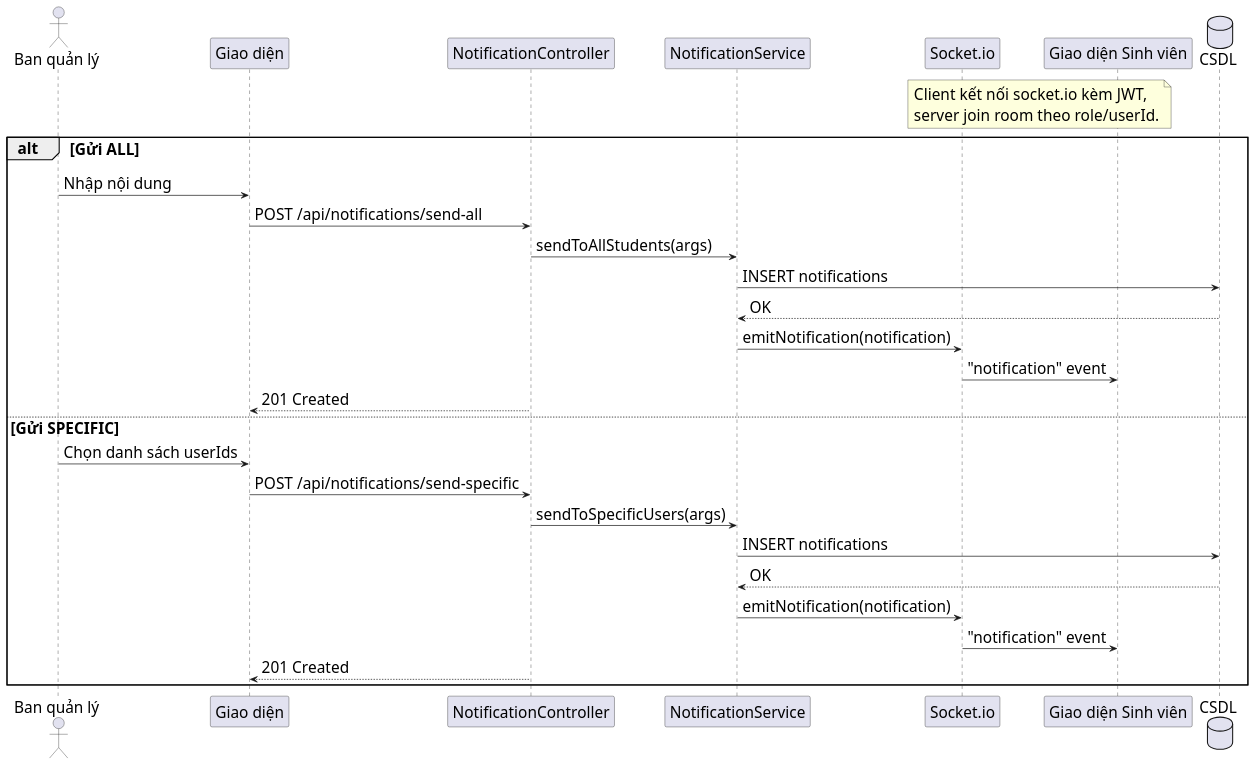
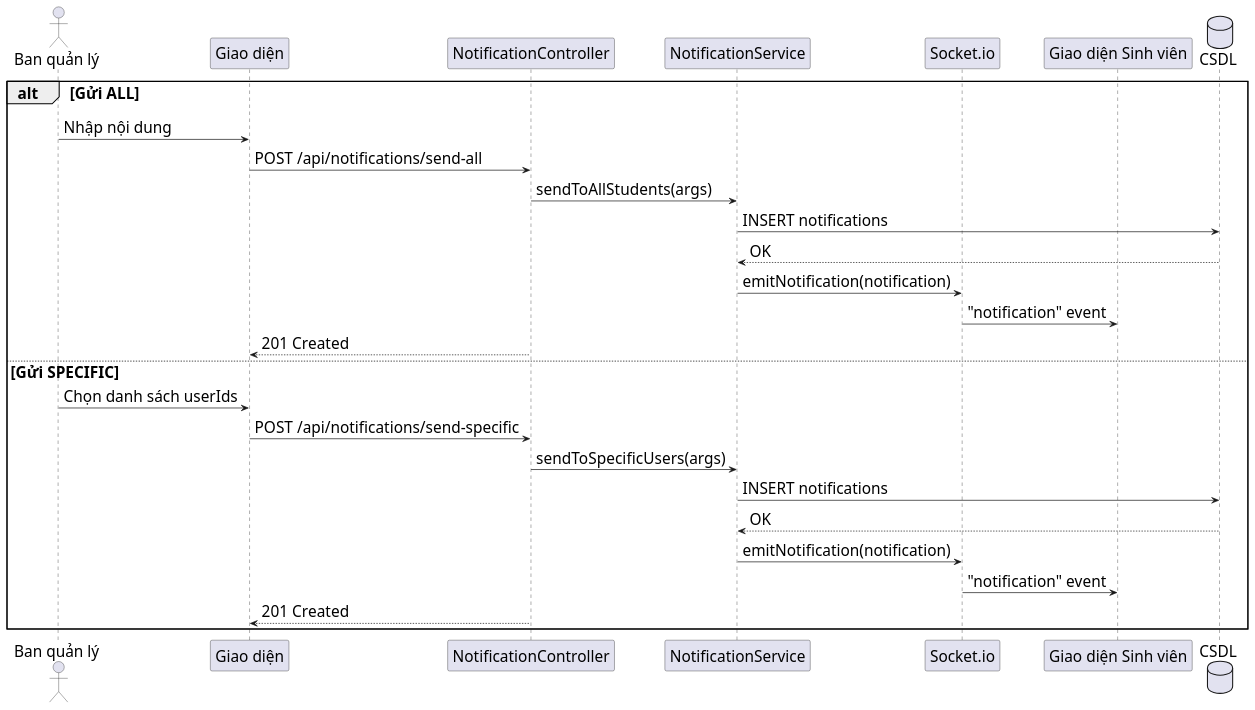
The diagram in diagrams/nhomthongbao/notification_send_sequence.puml (s0nbuildtech287/dormitory-frontend), drawn with PlantUML before and after one commit. The commit also changed 1 other file, not shown here.

```diff
--- a/diagrams/nhomthongbao/notification_send_sequence.puml
+++ b/diagrams/nhomthongbao/notification_send_sequence.puml
@@ -1,37 +1,33 @@
-@startuml "Notification Send Sequence"
+@startuml
 skinparam defaultFontSize 22
 skinparam defaultFontName "Times New Roman"
 skinparam sequenceMessageSize 22
 actor "Ban quản lý" as Admin
 participant "Giao diện" as FE
 participant "NotificationController" as NC
 participant "NotificationService" as NS
 participant "Socket.io" as WS
 participant "Giao diện Sinh viên" as Student
 database "CSDL" as DB
 
-note over Student,WS
-Client kết nối socket.io kèm JWT,
-server join room theo role/userId.
-end note
 
 alt Gửi ALL
   Admin -> FE: Nhập nội dung
   FE -> NC: POST /api/notifications/send-all
   NC -> NS: sendToAllStudents(args)
   NS -> DB: INSERT notifications
   DB --> NS: OK
   NS -> WS: emitNotification(notification)
   WS -> Student: "notification" event
   NC --> FE: 201 Created
 else Gửi SPECIFIC
   Admin -> FE: Chọn danh sách userIds
   FE -> NC: POST /api/notifications/send-specific
   NC -> NS: sendToSpecificUsers(args)
   NS -> DB: INSERT notifications
   DB --> NS: OK
   NS -> WS: emitNotification(notification)
   WS -> Student: "notification" event
   NC --> FE: 201 Created
 end
 @enduml
```
